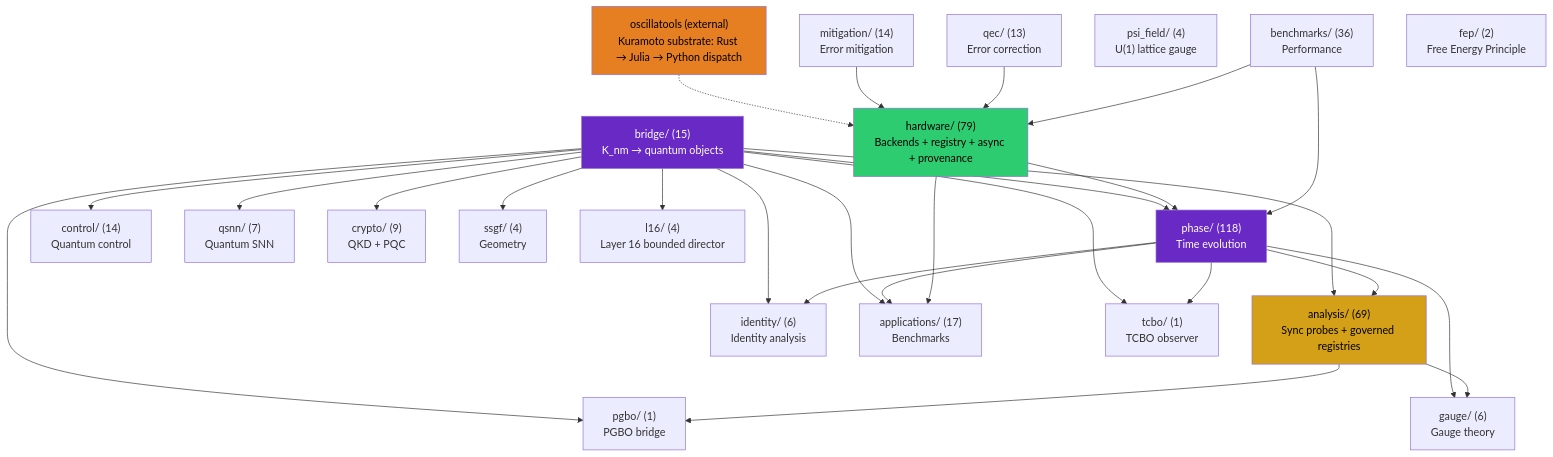
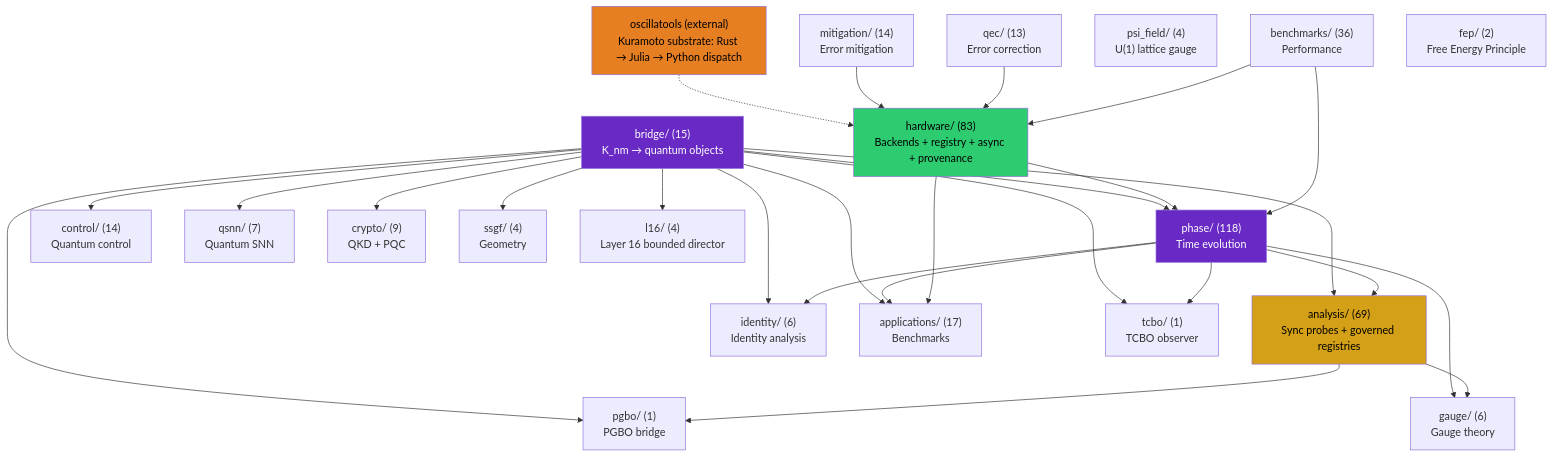
One commit to anulum/scpn-quantum-control changed the second of 5 diagrams in docs/architecture.md. Above: the diagram before and after it, drawn with Mermaid. The commit also changed other lines of this file and 39 other files, not shown here.

````diff
--- a/docs/architecture.md
+++ b/docs/architecture.md
@@ -732,55 +748,55 @@
 ```mermaid
 graph TD
     bridge["bridge/ (15)\nK_nm → quantum objects"]
     phase["phase/ (118)\nTime evolution"]
     analysis["analysis/ (69)\nSync probes + governed registries"]
     control["control/ (14)\nQuantum control"]
     qsnn["qsnn/ (7)\nQuantum SNN"]
     identity["identity/ (6)\nIdentity analysis"]
-    hardware["hardware/ (79)\nBackends + registry + async + provenance"]
+    hardware["hardware/ (83)\nBackends + registry + async + provenance"]
     mitigation["mitigation/ (14)\nError mitigation"]
     qec["qec/ (13)\nError correction"]
     gauge["gauge/ (6)\nGauge theory"]
     apps["applications/ (17)\nBenchmarks"]
     crypto["crypto/ (9)\nQKD + PQC"]
     benchmarks["benchmarks/ (36)\nPerformance"]
     ssgf["ssgf/ (4)\nGeometry"]
     psi_field["psi_field/ (4)\nU(1) lattice gauge"]
     oscillatools["oscillatools (external)\nKuramoto substrate: Rust → Julia → Python dispatch"]
     fep["fep/ (2)\nFree Energy Principle"]
     tcbo["tcbo/ (1)\nTCBO observer"]
     pgbo["pgbo/ (1)\nPGBO bridge"]
     l16["l16/ (4)\nLayer 16 bounded director"]
 
     bridge --> phase
     bridge --> analysis
     bridge --> control
     bridge --> qsnn
     bridge --> identity
     bridge --> apps
     bridge --> crypto
     bridge --> ssgf
     phase --> analysis
     phase --> identity
     phase --> apps
     phase --> gauge
     analysis --> gauge
     hardware --> phase
     hardware --> apps
     oscillatools -.-> hardware
     mitigation --> hardware
     qec --> hardware
     benchmarks --> phase
     benchmarks --> hardware
     bridge --> tcbo
     bridge --> pgbo
     bridge --> l16
     phase --> tcbo
     analysis --> pgbo
 
     style bridge fill:#6929C4,color:#fff
     style analysis fill:#d4a017,color:#000
     style phase fill:#6929C4,color:#fff
     style hardware fill:#2ecc71,color:#000
     style oscillatools fill:#e67e22,color:#000
 ```
````
